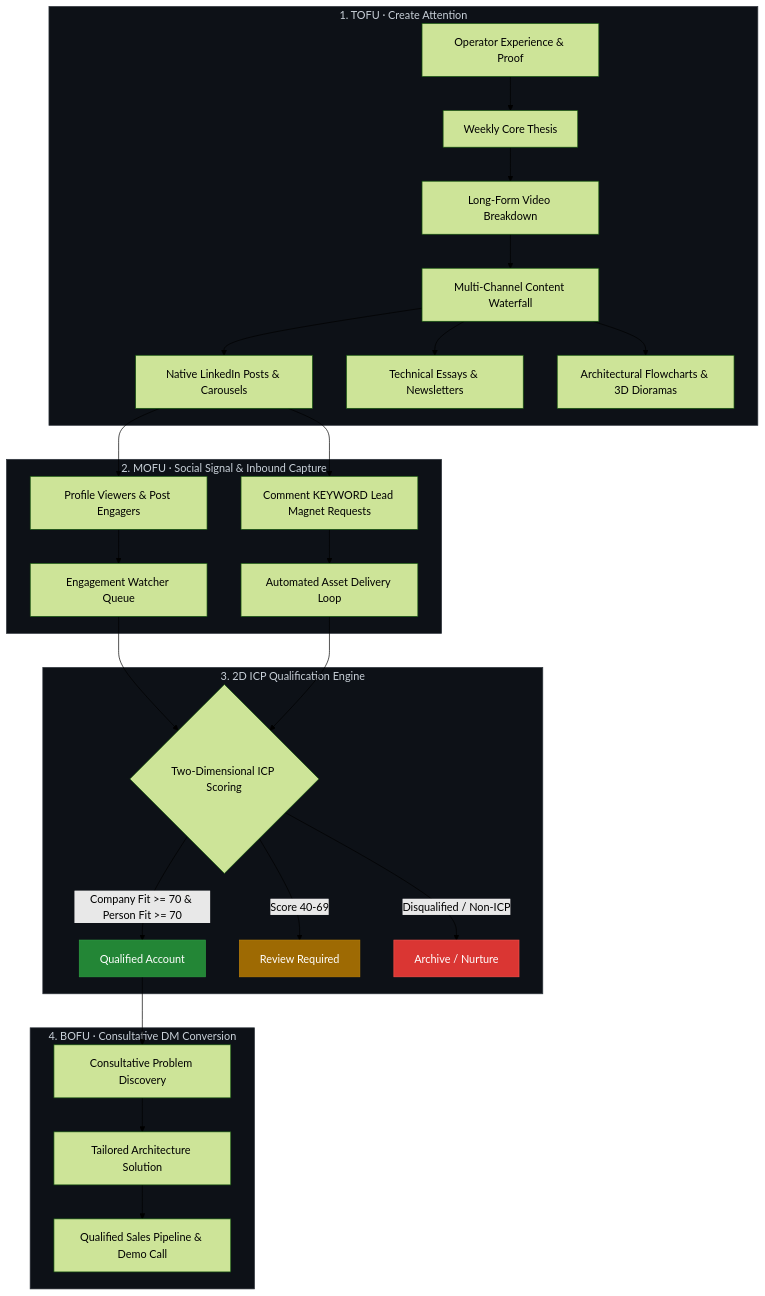
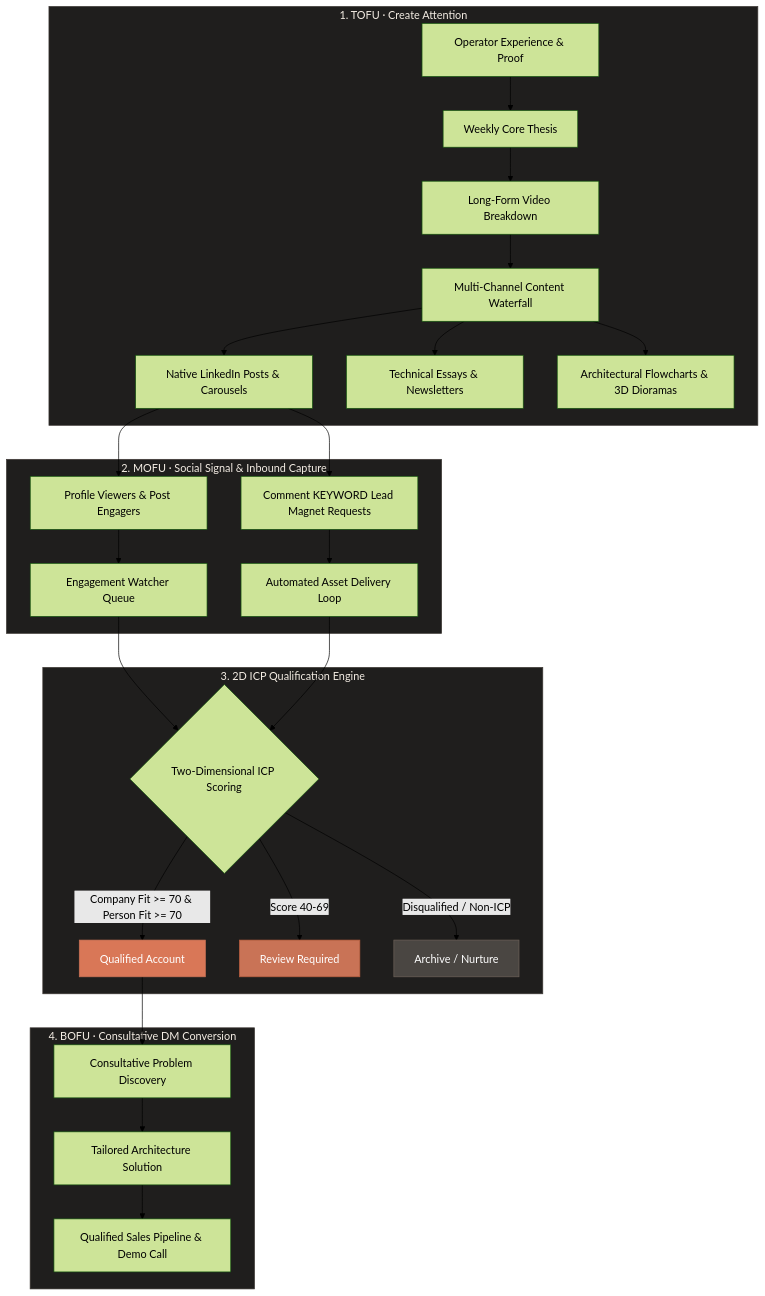
Before and after one commit to Aditya-chouhan/linkedin-funnel: the diagram in README.md, drawn with Mermaid (forest theme). The commit also changed other lines of this file and 51 other files, not shown here.

Commit message:
Transform full funnel architecture, skills, guides, and visual assets to Claude & MCP native theme

````diff
--- a/README.md
+++ b/README.md
@@ -21,40 +21,40 @@
 ```mermaid
 flowchart TD
     subgraph TOFU["1. TOFU · Create Attention"]
         A[Operator Experience & Proof] --> B[Weekly Core Thesis]
         B --> C[Long-Form Video Breakdown]
         C --> D[Multi-Channel Content Waterfall]
         D --> D1[Native LinkedIn Posts & Carousels]
         D --> D2[Technical Essays & Newsletters]
         D --> D3[Architectural Flowcharts & 3D Dioramas]
     end
 
     subgraph MOFU["2. MOFU · Social Signal & Inbound Capture"]
         D1 --> E[Profile Viewers & Post Engagers]
         D1 --> F["Comment KEYWORD" Lead Magnet Requests]
         E --> G[Engagement Watcher Queue]
         F --> H[Automated Asset Delivery Loop]
     end
 
     subgraph QUAL["3. 2D ICP Qualification Engine"]
         G --> I{Two-Dimensional ICP Scoring}
         H --> I
         I -->|Company Fit >= 70 & Person Fit >= 70| J[Qualified Account]
         I -->|Score 40-69| K[Review Required]
         I -->|Disqualified / Non-ICP| L[Archive / Nurture]
     end
 
     subgraph BOFU["4. BOFU · Consultative DM Conversion"]
         J --> M[Consultative Problem Discovery]
         M --> N[Tailored Architecture Solution]
         N --> O[Qualified Sales Pipeline & Demo Call]
     end
 
-    style TOFU fill:#0d1117,stroke:#30363d,stroke-width:1px,color:#c9d1d9
-    style MOFU fill:#0d1117,stroke:#30363d,stroke-width:1px,color:#c9d1d9
-    style QUAL fill:#0d1117,stroke:#30363d,stroke-width:1px,color:#c9d1d9
-    style BOFU fill:#0d1117,stroke:#30363d,stroke-width:1px,color:#c9d1d9
-    style J fill:#238636,stroke:#2ea043,color:#ffffff
-    style L fill:#da3633,stroke:#f85149,color:#ffffff
-    style K fill:#9e6a03,stroke:#bb8009,color:#ffffff
+    style TOFU fill:#1f1e1d,stroke:#3d3834,stroke-width:1px,color:#f4ede4
+    style MOFU fill:#1f1e1d,stroke:#3d3834,stroke-width:1px,color:#f4ede4
+    style QUAL fill:#1f1e1d,stroke:#3d3834,stroke-width:1px,color:#f4ede4
+    style BOFU fill:#1f1e1d,stroke:#3d3834,stroke-width:1px,color:#f4ede4
+    style J fill:#d97757,stroke:#c97356,color:#ffffff
+    style L fill:#4a4642,stroke:#6e6259,color:#ffffff
+    style K fill:#c97356,stroke:#b85d3d,color:#ffffff
 ```
````
